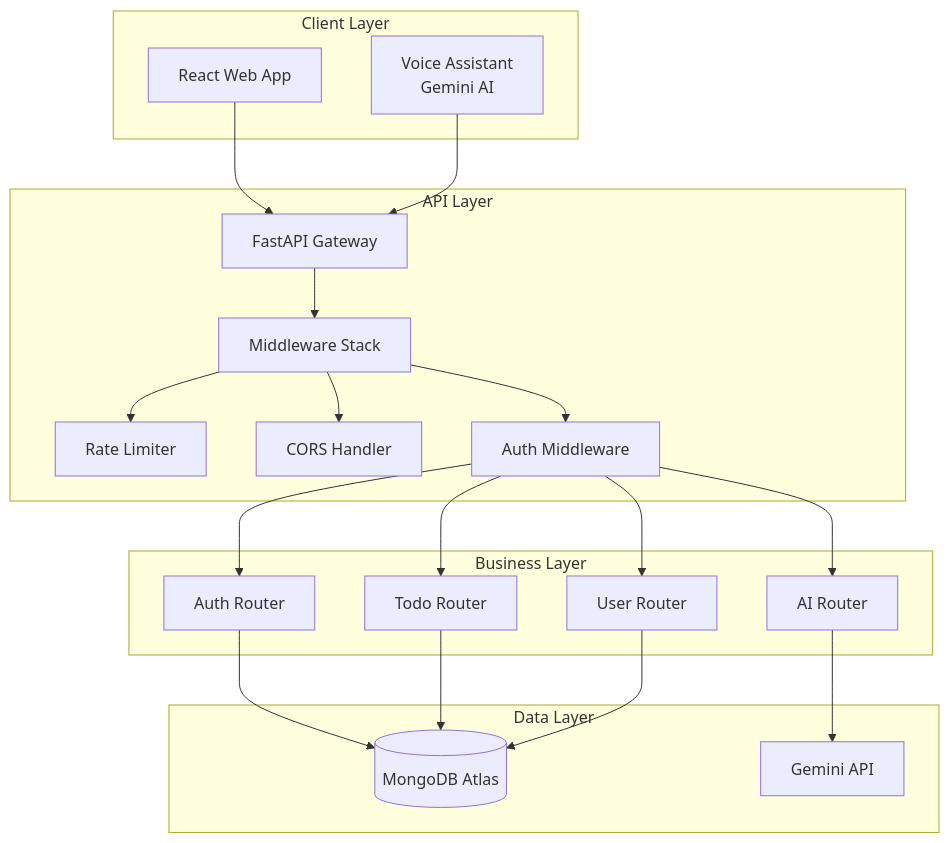
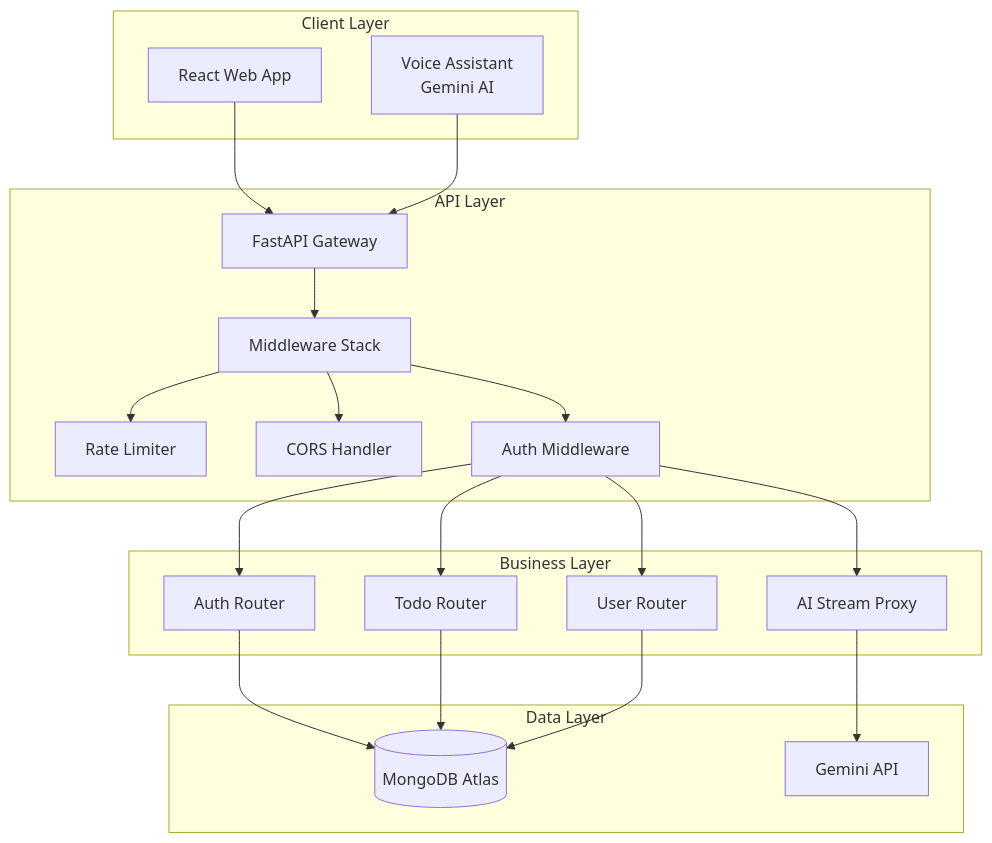
Before and after one commit to sajankp/to-do: the first of 3 diagrams in docs/ARCHITECTURE.md, drawn with Mermaid. The commit also changed other lines of this file and 7 other files, not shown here.

````diff
--- a/docs/ARCHITECTURE.md
+++ b/docs/ARCHITECTURE.md
@@ -76,42 +76,45 @@
 ```mermaid
 graph TB
     subgraph "Client Layer"
         WEB[React Web App]
         VOICE[Voice Assistant<br/>Gemini AI]
     end
 
     subgraph "API Layer"
         GW[FastAPI Gateway]
         MW[Middleware Stack]
         RATE[Rate Limiter]
         CORS[CORS Handler]
         AUTH_MW[Auth Middleware]
     end
 
     subgraph "Business Layer"
         AUTH[Auth Router]
         TODO[Todo Router]
         USER[User Router]
-        AI[AI Router]
+        AI[AI Stream Proxy]
+
     end
 
     subgraph "Data Layer"
         MONGO[(MongoDB Atlas)]
         GEMINI[Gemini API]
     end
 
     WEB --> GW
     VOICE --> GW
     GW --> MW
     MW --> RATE
     MW --> CORS
     MW --> AUTH_MW
     AUTH_MW --> AUTH
     AUTH_MW --> TODO
     AUTH_MW --> USER
     AUTH_MW --> AI
+
     AUTH --> MONGO
     TODO --> MONGO
     USER --> MONGO
     AI --> GEMINI
+
 ```
````
